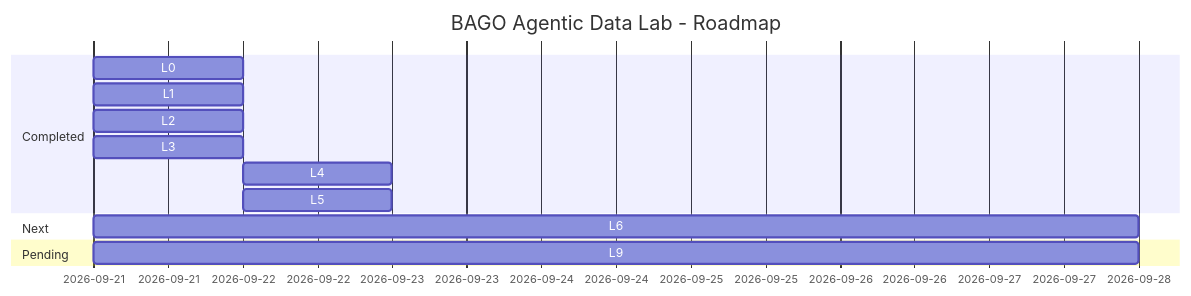
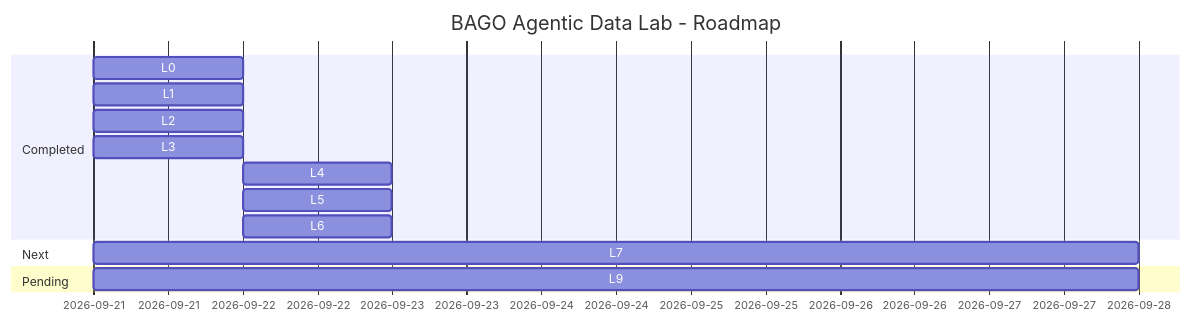
The diagram in README.md (MarcValls/BAGO_AGENTIC_DATA_LAB), drawn with Mermaid before and after one commit. The commit also changed other lines of this file and 10 other files, not shown here.

Commit message:
feat: add governed AWS Bedrock provider adapter

````diff
--- a/README.md
+++ b/README.md
@@ -29,19 +29,20 @@
 ```mermaid
 gantt
     title BAGO Agentic Data Lab - Roadmap
     dateFormat  YYYY-MM-DD
     
     section Completed
     L0: Baseline           :done, 2026-09-21, 1d
     L1: LangGraph          :done, 2026-09-21, 1d
     L2: ETL Pipeline       :done, 2026-09-21, 1d
     L3: Metadata            :done, 2026-09-21, 1d
     L4: Governed RAG        :done, 2026-09-22, 1d
     L5: MCP                :done, 2026-09-22, 1d
-    
+    L6: AWS Bedrock        :done, 2026-09-22, 1d
+
     section Next
-    L6: AWS Bedrock        :active, after L5, 7d
+    L7: Bedrock KB         :active, after L6, 7d
     
     section Pending
     L9: End-to-End Agent   :crit, after L8, 7d
 ```
````
